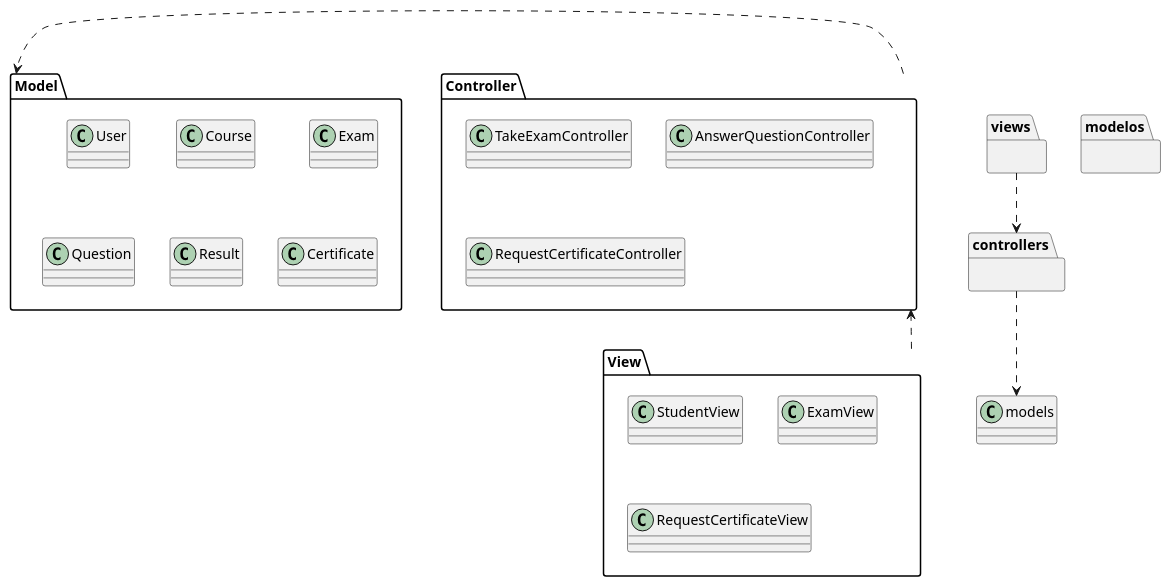
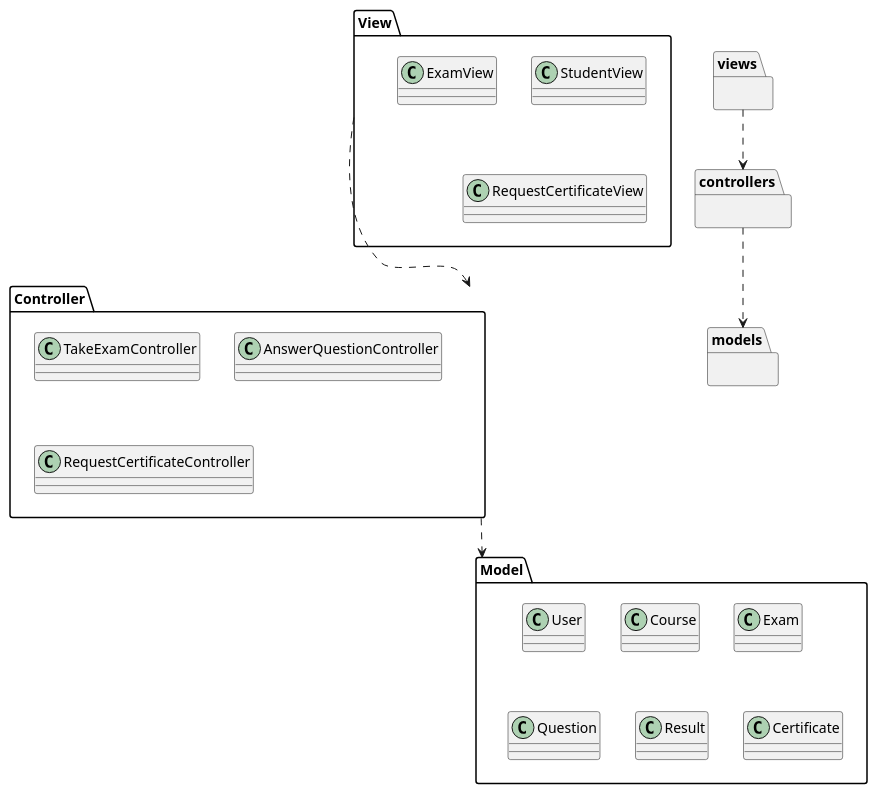
One commit to Carverz/IS-022023_Proyecto-Grupo-4 changed the diagram in docs/logicalView/analysisView/packageAnalisys/DiagramaDePaquetes.plantuml. Above: the diagram before and after it, drawn with PlantUML.

Commit message:
coreccion DiagramaPaquetes

```diff
--- a/docs/logicalView/analysisView/packageAnalisys/DiagramaDePaquetes.plantuml
+++ b/docs/logicalView/analysisView/packageAnalisys/DiagramaDePaquetes.plantuml
@@ -1,35 +1,34 @@
 @startuml DiagramaPaquetes
 
 package views{}
 package controllers{}
-package modelos{}
+package models{}
 
-views..>controllers
-controllers..>models
+views ..> controllers
+controllers ..> models
+
+package "View" as Vista {
+class StudentView
+class ExamView
+class RequestCertificateView
+}
+
+package "Controller" as Controlador {
+class TakeExamController
+class AnswerQuestionController
+class RequestCertificateController
+}
 
 package "Model" as Modelo {
 class User
 class Course
 class Exam
 class Question
 class Result
 class Certificate
 }
 
-package "Controller" as Controlador{
-class TakeExamController
-class AnswerQuestionController
-class RequestCertificateController
-}
-
-package "View" as Vista{
-class StudentView
-class ExamView
-class RequestCertificateView
-}
-
-Vista..>Controlador
-Controlador..>Modelo 
-
+Vista ...> Controlador
+Controlador ...> Modelo
 
 @enduml
```
